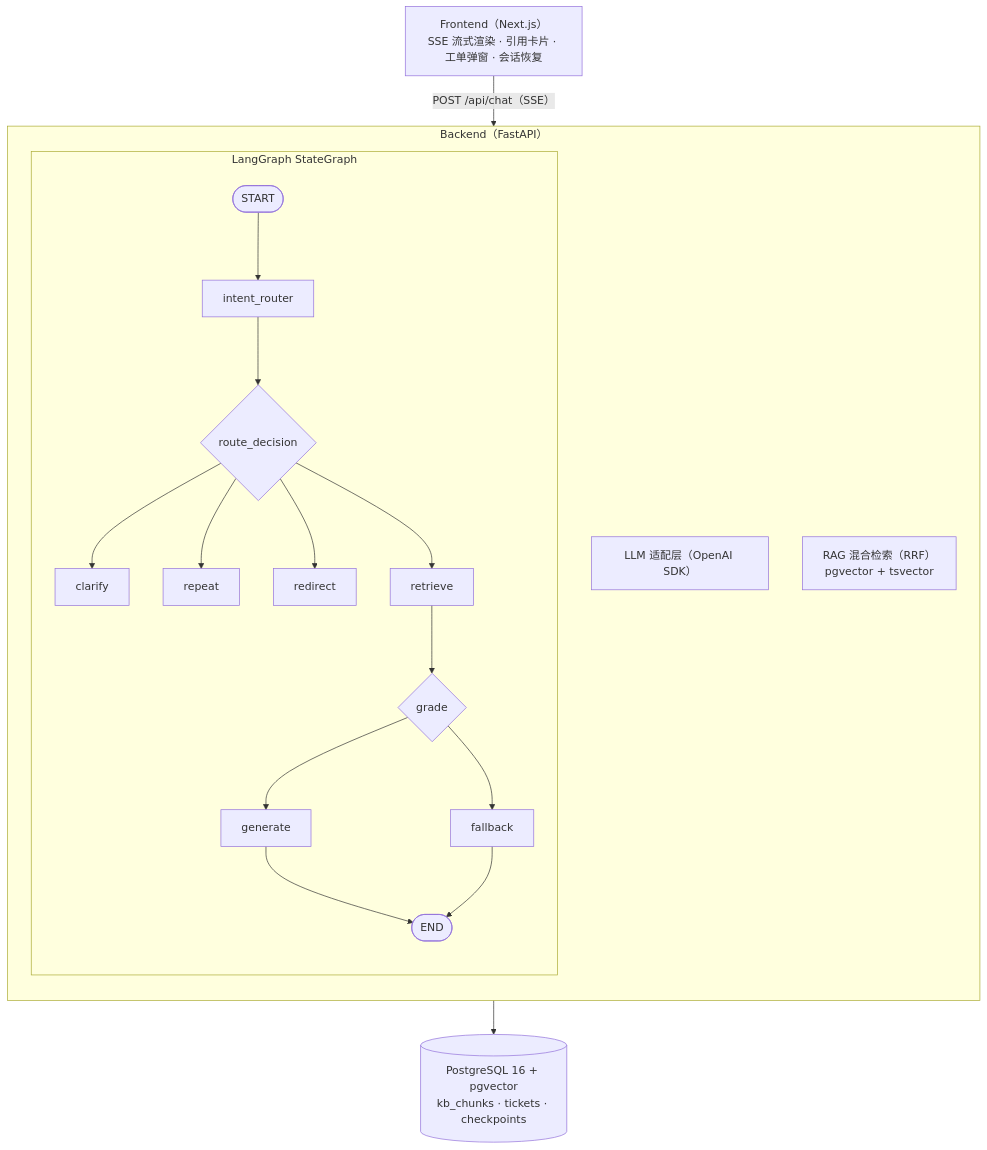
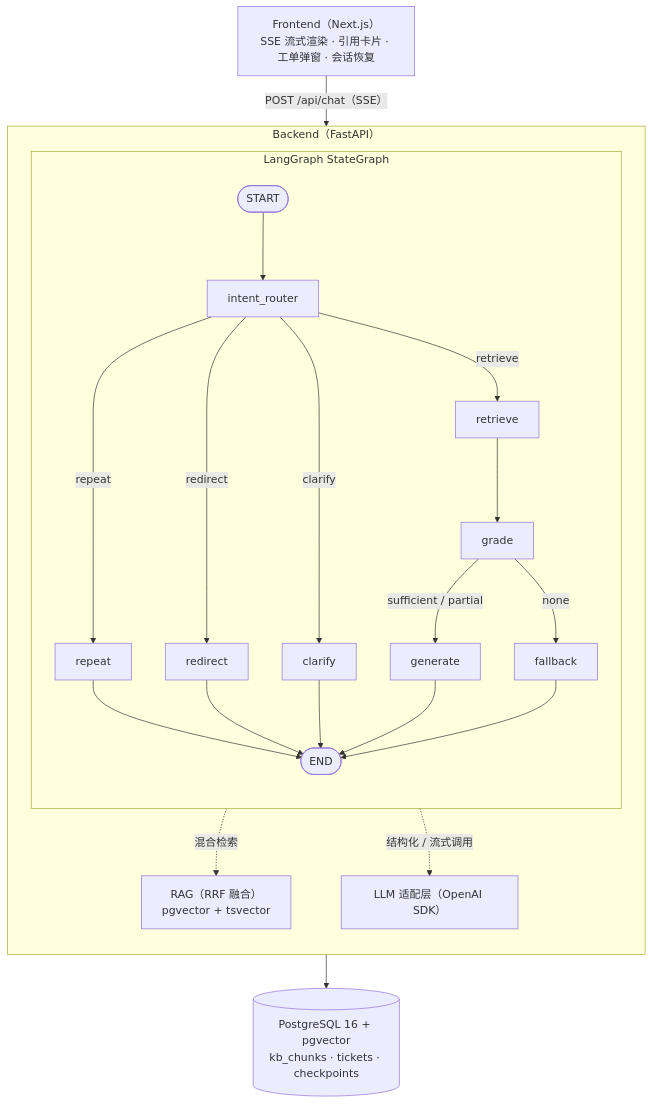
The first of 4 diagrams in README.md (zzlw/aftersales-agent), drawn with Mermaid before and after one commit. The commit also changed other lines of this file, not shown here.

Commit message:
docs: 修正架构图与代码拓扑不一致（终态节点缺 END 边）、DNS 图解析链语义、表格同步指纹摄取逻辑

````diff
--- a/README.md
+++ b/README.md
@@ -50,26 +50,23 @@
 ```mermaid
 flowchart TB
     FE["Frontend（Next.js）<br/>SSE 流式渲染 · 引用卡片 · 工单弹窗 · 会话恢复"]
     FE -- "POST /api/chat（SSE）" --> BE
 
     subgraph BE["Backend（FastAPI）"]
         direction TB
         subgraph SG["LangGraph StateGraph"]
             direction TB
-            S([START]) --> router[intent_router] --> decision{route_decision}
-            decision --> clarify[clarify]
-            decision --> repeat[repeat]
-            decision --> redirect[redirect]
-            decision --> retrieve[retrieve]
-            retrieve --> grade{grade}
-            grade --> generate[generate]
-            grade --> fallback[fallback]
-            generate --> E([END])
-            fallback --> E
+            S([START]) --> router[intent_router]
+            router -->|repeat| repeat[repeat] --> E([END])
+            router -->|redirect| redirect[redirect] --> E
+            router -->|clarify| clarify[clarify] --> E
+            router -->|retrieve| retrieve[retrieve] --> grade[grade]
+            grade -->|sufficient / partial| generate[generate] --> E
+            grade -->|none| fallback[fallback] --> E
         end
-        LLM["LLM 适配层（OpenAI SDK）"]
-        RAG["RAG 混合检索（RRF）<br/>pgvector + tsvector"]
+        retrieve -.混合检索.-> RAG["RAG（RRF 融合）<br/>pgvector + tsvector"]
+        generate -.结构化 / 流式调用.-> LLM["LLM 适配层（OpenAI SDK）"]
     end
 
     BE --> DB[("PostgreSQL 16 + pgvector<br/>kb_chunks · tickets · checkpoints")]
 ```
````
